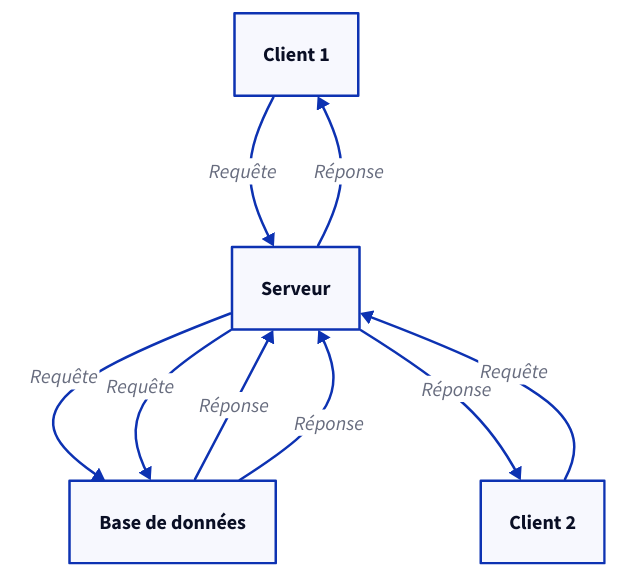
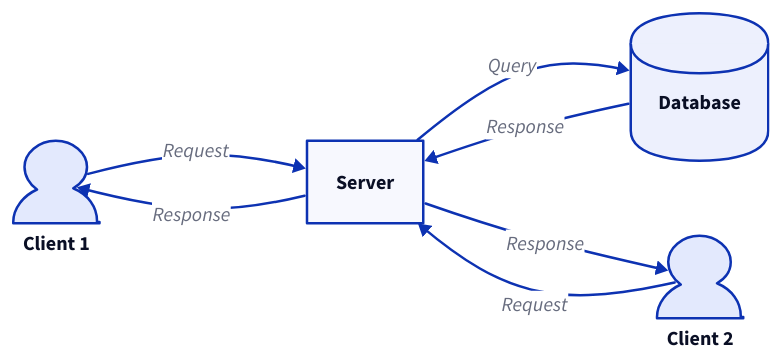
One commit to Ibne29/d2lang-vision-llm changed the diagram in out/diagram_iter5.d2. Above: the diagram before and after it, drawn with D2. The commit also changed 14 other files, not shown here.

```diff
--- a/out/diagram_iter5.d2
+++ b/out/diagram_iter5.d2
@@ -1,14 +1,24 @@
-client1: Client 1
-client2: Client 2
-server: Serveur
-database: Base de données
+direction: right
 
-client1 -> server: Requête
-server -> database: Requête
-database -> server: Réponse
-server -> client1: Réponse
+client1: Client 1 {
+  shape: person
+}
 
-client2 -> server: Requête
-server -> database: Requête
-database -> server: Réponse
-server -> client2: Réponse
+client2: Client 2 {
+  shape: person
+}
+
+server: Server {
+  shape: rectangle
+}
+
+database: Database {
+  shape: cylinder
+}
+
+client1 -> server: Request
+client2 -> server: Request
+server -> database: Query
+database -> server: Response
+server -> client1: Response
+server -> client2: Response
```
